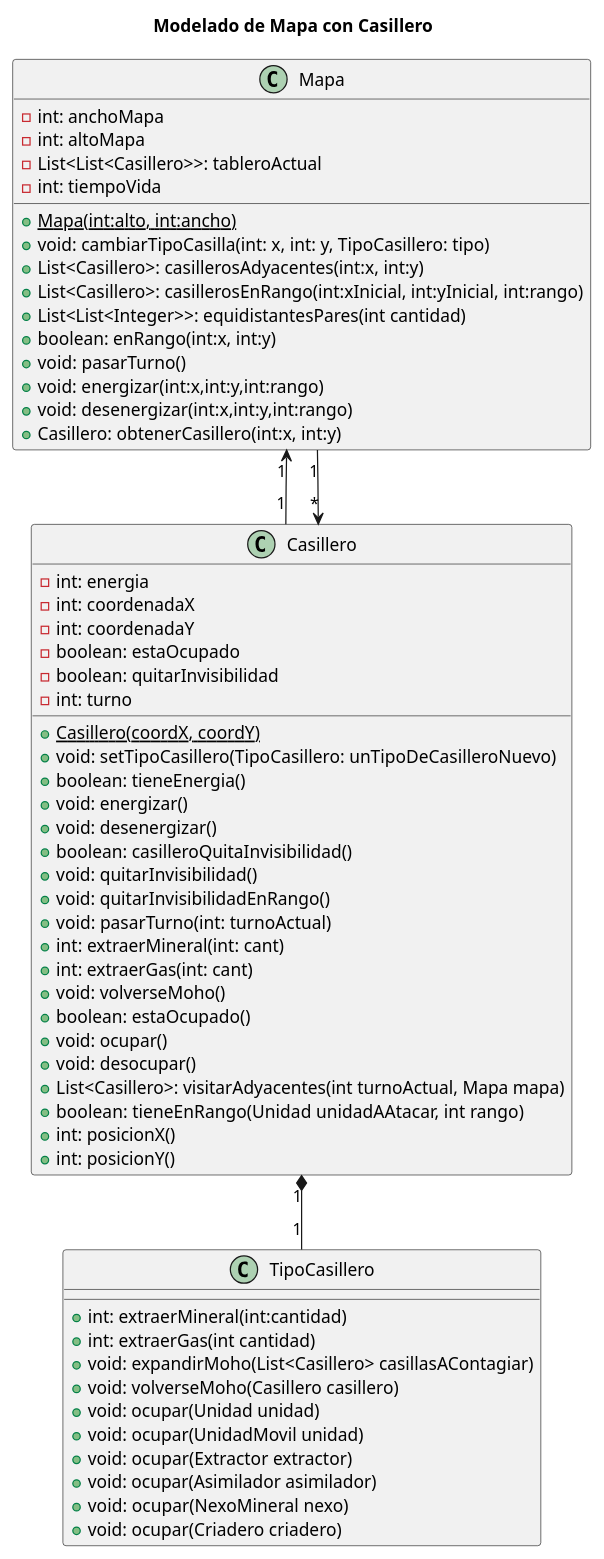
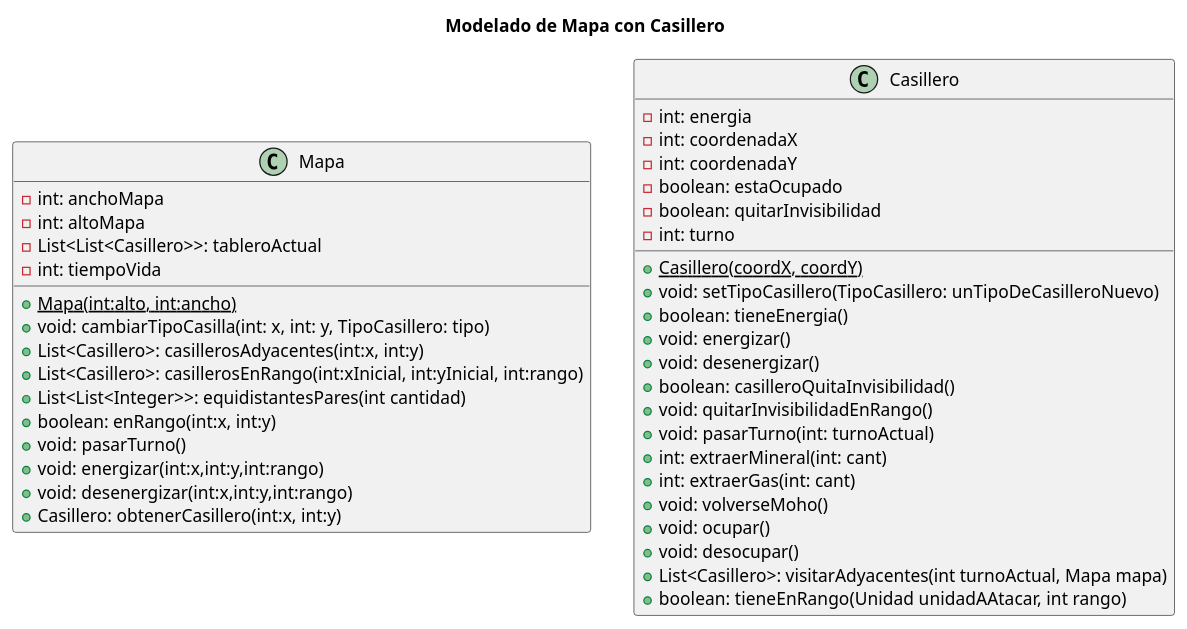
The diagram in diagrams/classes/mapa-casillero.plantuml (m-cabrerar/AlgoStar), drawn with PlantUML before and after one commit. The commit also changed 1 other file, not shown here.

Commit message:
Correccion extractor

```diff
--- a/diagrams/classes/mapa-casillero.plantuml
+++ b/diagrams/classes/mapa-casillero.plantuml
@@ -1,70 +1,50 @@
 @startuml
 title Modelado de Mapa con Casillero
 
 class Mapa {
     -int: anchoMapa
     -int: altoMapa
     -List<List<Casillero>>: tableroActual
     -int: tiempoVida
 
     +<u>Mapa(int:alto, int:ancho)
     +void: cambiarTipoCasilla(int: x, int: y, TipoCasillero: tipo)
     +List<Casillero>: casillerosAdyacentes(int:x, int:y)
     +List<Casillero>: casillerosEnRango(int:xInicial, int:yInicial, int:rango)
     +List<List<Integer>>: equidistantesPares(int cantidad)
     +boolean: enRango(int:x, int:y)
     +void: pasarTurno()
     +void: energizar(int:x,int:y,int:rango)
     +void: desenergizar(int:x,int:y,int:rango)
     +Casillero: obtenerCasillero(int:x, int:y)
 }
 
-Mapa "1" <-- "1" Casillero
-Casillero "*" <-- "1" Mapa
-Casillero "1" *-- "1" TipoCasillero
-
 
 class Casillero {
  - int: energia
  - int: coordenadaX
  - int: coordenadaY
  - boolean: estaOcupado
  - boolean: quitarInvisibilidad
  - int: turno
 
  + <u>Casillero(coordX, coordY)
  + void: setTipoCasillero(TipoCasillero: unTipoDeCasilleroNuevo)
  + boolean: tieneEnergia()
  + void: energizar()
  + void: desenergizar()
  + boolean: casilleroQuitaInvisibilidad()
- + void: quitarInvisibilidad()
  + void: quitarInvisibilidadEnRango()
  + void: pasarTurno(int: turnoActual)
  + int: extraerMineral(int: cant)
  + int: extraerGas(int: cant)
  + void: volverseMoho()
- + boolean: estaOcupado()
  + void: ocupar()
  + void: desocupar()
  + List<Casillero>: visitarAdyacentes(int turnoActual, Mapa mapa)
  + boolean: tieneEnRango(Unidad unidadAAtacar, int rango)
- + int: posicionX()
- + int: posicionY()
 }
 
-class TipoCasillero{
 
- + int: extraerMineral(int:cantidad)
- + int: extraerGas(int cantidad)
- + void: expandirMoho(List<Casillero> casillasAContagiar)
- + void: volverseMoho(Casillero casillero)
- + void: ocupar(Unidad unidad)
- + void: ocupar(UnidadMovil unidad)
- + void: ocupar(Extractor extractor)
- + void: ocupar(Asimilador asimilador)
- + void: ocupar(NexoMineral nexo)
- + void: ocupar(Criadero criadero)
-}
 
 @enduml
```
